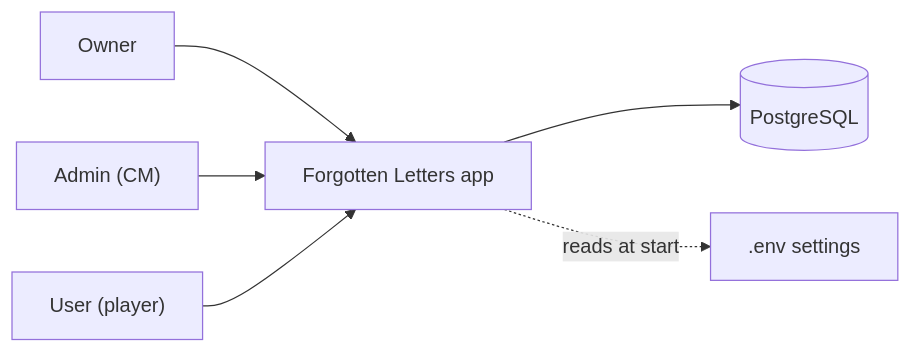
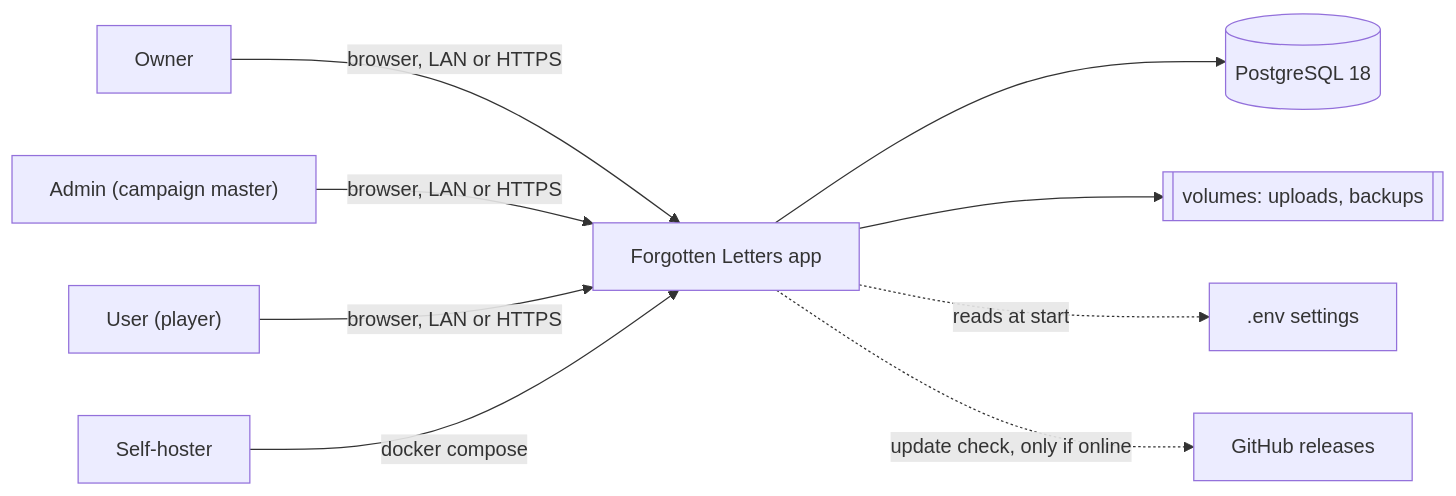
One commit to FurkanEdizkan/Forgotten-Letters changed the first of 3 diagrams in ARCHITECTURE.md. Above: the diagram before and after it, drawn with Mermaid. The commit also changed other lines of this file and 4 other files, not shown here.

First line of the commit message:
docs: product requirements, design system, architecture and agents guide from the blueprint review

````diff
--- a/ARCHITECTURE.md
+++ b/ARCHITECTURE.md
@@ -20,6 +90,9 @@
 ```mermaid
 flowchart LR
-  O["Owner"] & A["Admin (CM)"] & U["User (player)"] --> APP["Forgotten Letters app"]
-  APP --> DB[("PostgreSQL")]
+  O["Owner"] & A["Admin (campaign master)"] & U["User (player)"] -->|browser, LAN or HTTPS| APP["Forgotten Letters app"]
+  APP --> DB[("PostgreSQL 18")]
+  APP --> VOL[["volumes: uploads, backups"]]
   APP -. reads at start .-> ENV[".env settings"]
+  APP -. update check, only if online .-> GH["GitHub releases"]
+  OP["Self-hoster"] -->|docker compose| APP
 ```
````
